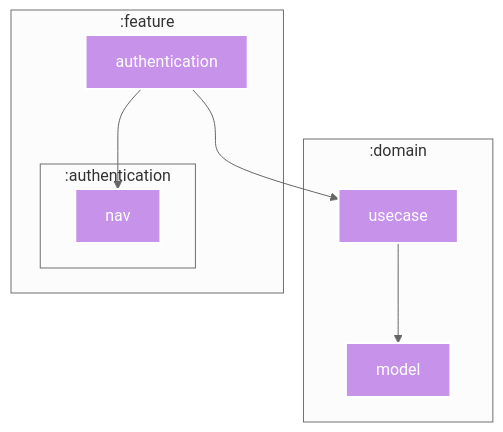
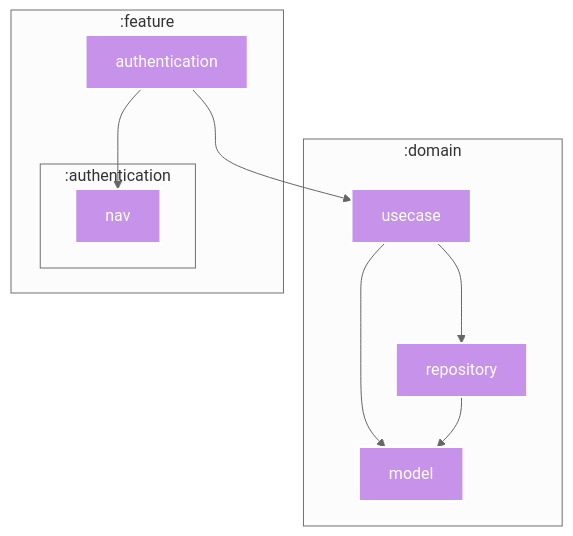
One commit to SorrowBlue/ComicViewer changed the diagram in feature/authentication/README.md. Above: the diagram before and after it, drawn with Mermaid. The commit also changed 151 other files, not shown here.

````diff
--- a/feature/authentication/README.md
+++ b/feature/authentication/README.md
@@ -5,31 +5,36 @@
 ```mermaid
 %%{
   init: {
     'theme': 'neutral'
   }
 }%%
 
 graph TB
   subgraph :domain
     :domain:usecase["usecase"]
     :domain:model["model"]
+    :domain:repository["repository"]
     :domain:usecase["usecase"]
+    :domain:repository["repository"]
   end
   subgraph :feature
     :feature:authentication["authentication"]
     subgraph :authentication
       :feature:authentication:nav["nav"]
     end
   end
 
   :domain:usecase --> :domain:model
+  :domain:usecase --> :domain:repository
   :feature:authentication --> :domain:usecase
   :feature:authentication --> :feature:authentication:nav
+  :domain:repository --> :domain:model
 
 classDef kotlin-multiplatform fill:#C792EA,stroke:#fff,stroke-width:2px,color:#fff;
 class :domain:usecase kotlin-multiplatform
 class :domain:model kotlin-multiplatform
+class :domain:repository kotlin-multiplatform
 class :feature:authentication kotlin-multiplatform
 class :feature:authentication:nav kotlin-multiplatform
 
 ```
````
